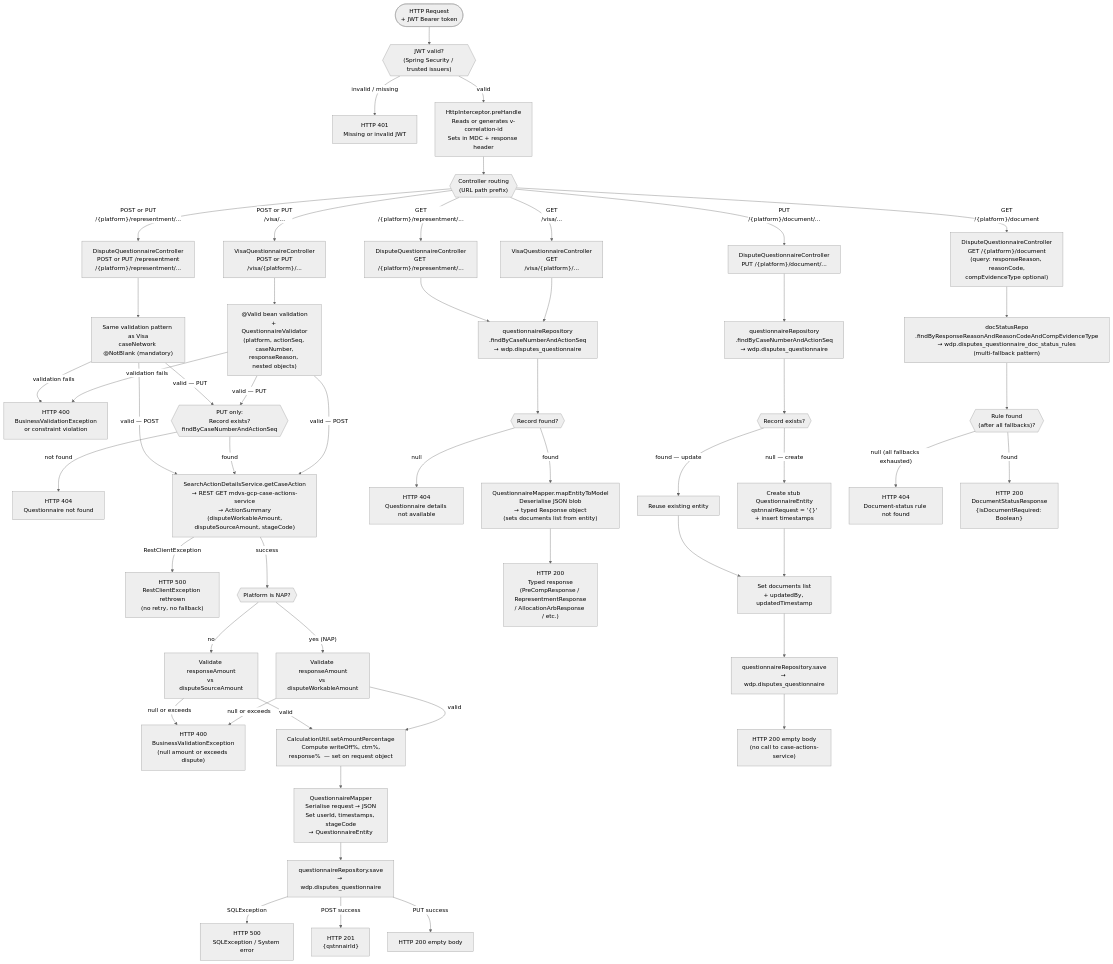
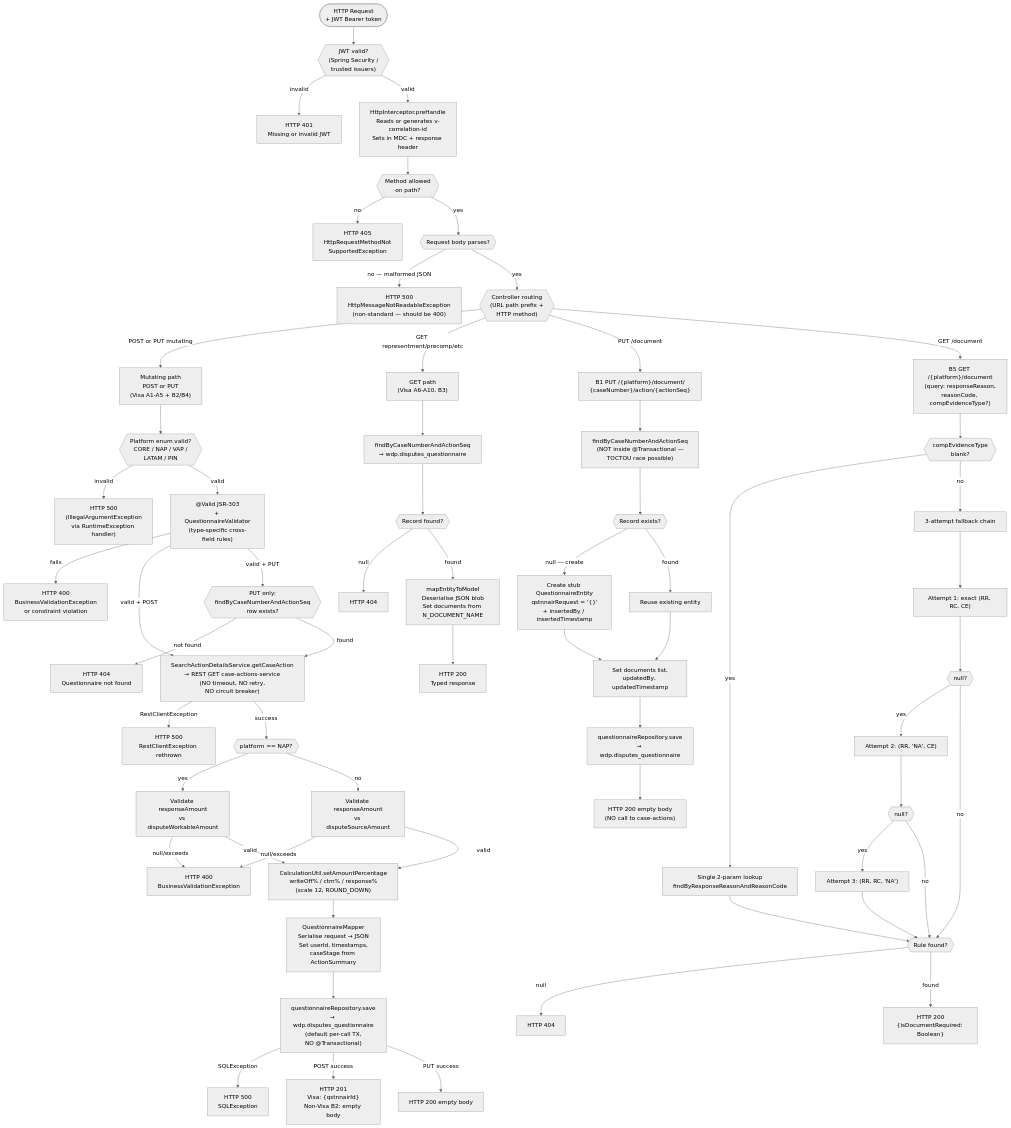
One commit to Ramas0409/DISPUTE-DOCUMENTS changed the diagram in components/WDP-COMP-26-QUESTIONNAIRE-SERVICE.md. Above: the diagram before and after it, drawn with Mermaid (neutral theme). The commit also changed other lines of this file and 4 other files, not shown here.

````diff
--- a/components/WDP-COMP-26-QUESTIONNAIRE-SERVICE.md
+++ b/components/WDP-COMP-26-QUESTIONNAIRE-SERVICE.md
@@ -83,100 +91,113 @@
 ```mermaid
 flowchart TD
-    IN(["HTTP Request\n+ JWT Bearer token"])
+    IN(["HTTP Request<br/>+ JWT Bearer token"])
 
-    JWT{{"JWT valid?\n(Spring Security / trusted issuers)"}}
-    JWT_FAIL["HTTP 401\nMissing or invalid JWT"]
+    JWT{{"JWT valid?<br/>(Spring Security /<br/>trusted issuers)"}}
+    JWT_FAIL["HTTP 401<br/>Missing or invalid JWT"]
 
-    CORR["HttpInterceptor.preHandle\nReads or generates v-correlation-id\nSets in MDC + response header"]
+    CORR["HttpInterceptor.preHandle<br/>Reads or generates v-correlation-id<br/>Sets in MDC + response header"]
 
-    CTRL{{"Controller routing\n(URL path prefix)"}}
+    METHOD_OK{{"Method allowed<br/>on path?"}}
+    METHOD_405["HTTP 405<br/>HttpRequestMethodNot<br/>SupportedException"]
 
-    %% ── VISA MUTATING PATH ──────────────────────
-    VISA_MUT["VisaQuestionnaireController\nPOST or PUT\n/visa/{platform}/..."]
+    JSON_OK{{"Request body parses?"}}
+    JSON_500["HTTP 500<br/>HttpMessageNotReadableException<br/>(non-standard — should be 400)"]
 
-    VISA_VAL["@Valid bean validation\n+ QuestionnaireValidator\n(platform, actionSeq, caseNumber,\nresponseReason, nested objects)"]
-    VISA_VAL_FAIL["HTTP 400\nBusinessValidationException\nor constraint violation"]
+    CTRL{{"Controller routing<br/>(URL path prefix +<br/>HTTP method)"}}
 
-    PUT_CHECK{{"PUT only:\nRecord exists?\nfindByCaseNumberAndActionSeq"}}
-    NOT_FOUND["HTTP 404\nQuestionnaire not found"]
+    %% ── VISA / NON-VISA MUTATING PATH (converged) ──
+    MUT_PATH["Mutating path<br/>POST or PUT<br/>(Visa A1-A5 + B2/B4)"]
 
-    GET_ACTION["SearchActionDetailsService.getCaseAction\n→ REST GET mdvs-gcp-case-actions-service\n→ ActionSummary\n(disputeWorkableAmount,\ndisputeSourceAmount, stageCode)"]
-    ACTION_FAIL["HTTP 500\nRestClientException rethrown\n(no retry, no fallback)"]
+    PLATFORM_VAL{{"Platform enum valid?<br/>CORE / NAP / VAP /<br/>LATAM / PIN"}}
+    PLATFORM_FAIL["HTTP 500<br/>(IllegalArgumentException<br/>via RuntimeException handler)"]
 
-    NAP_CHECK{{"Platform is NAP?"}}
-    AMT_NAP["Validate responseAmount\nvs disputeWorkableAmount"]
-    AMT_OTHER["Validate responseAmount\nvs disputeSourceAmount"]
-    AMT_FAIL["HTTP 400\nBusinessValidationException\n(null amount or exceeds dispute)"]
+    BEAN_VAL["@Valid JSR-303<br/>+ QuestionnaireValidator<br/>(type-specific cross-field rules)"]
+    BEAN_FAIL["HTTP 400<br/>BusinessValidationException<br/>or constraint violation"]
 
-    PCT["CalculationUtil.setAmountPercentage\nCompute writeOff%, ctm%,\nresponse%  — set on request object"]
+    PUT_CHECK{{"PUT only:<br/>findByCaseNumberAndActionSeq<br/>row exists?"}}
+    NOT_FOUND["HTTP 404<br/>Questionnaire not found"]
 
-    MAP_ENTITY["QuestionnaireMapper\nSerialise request → JSON\nSet userId, timestamps, stageCode\n→ QuestionnaireEntity"]
+    GET_ACTION["SearchActionDetailsService.getCaseAction<br/>→ REST GET case-actions-service<br/>(NO timeout, NO retry,<br/>NO circuit breaker)"]
+    ACTION_FAIL["HTTP 500<br/>RestClientException rethrown"]
 
-    DB_SAVE["questionnaireRepository.save\n→ wdp.disputes_questionnaire"]
-    DB_FAIL["HTTP 500\nSQLException / System error"]
+    NAP_CHECK{{"platform == NAP?"}}
+    AMT_NAP["Validate responseAmount<br/>vs disputeWorkableAmount"]
+    AMT_OTHER["Validate responseAmount<br/>vs disputeSourceAmount"]
+    AMT_FAIL["HTTP 400<br/>BusinessValidationException"]
 
-    POST_OK["HTTP 201\n{qstnnairId}"]
+    PCT["CalculationUtil.setAmountPercentage<br/>writeOff% / ctm% / response%<br/>(scale 12, ROUND_DOWN)"]
+
+    MAP_ENTITY["QuestionnaireMapper<br/>Serialise request → JSON<br/>Set userId, timestamps,<br/>caseStage from ActionSummary"]
+
+    DB_SAVE["questionnaireRepository.save<br/>→ wdp.disputes_questionnaire<br/>(default per-call TX,<br/>NO @Transactional)"]
+    DB_FAIL["HTTP 500<br/>SQLException"]
+
+    POST_OK["HTTP 201<br/>Visa: {qstnnairId}<br/>Non-Visa B2: empty body"]
     PUT_OK["HTTP 200 empty body"]
 
-    %% ── VISA GET PATH ──────────────────────────
-    VISA_GET["VisaQuestionnaireController\nGET\n/visa/{platform}/..."]
-    GET_LOOKUP["questionnaireRepository\n.findByCaseNumberAndActionSeq\n→ wdp.disputes_questionnaire"]
+    %% ── VISA / NON-VISA GET PATH ──
+    GET_PATH["GET path<br/>(Visa A6-A10, B3)"]
+    GET_LOOKUP["findByCaseNumberAndActionSeq<br/>→ wdp.disputes_questionnaire"]
     GET_NULL{{"Record found?"}}
-    GET_404["HTTP 404\nQuestionnaire details not available"]
-    GET_DESER["QuestionnaireMapper.mapEntityToModel\nDeserialise JSON blob\n→ typed Response object\n(sets documents list from entity)"]
-    GET_OK["HTTP 200\nTyped response\n(PreCompResponse / RepresentmentResponse\n/ AllocationArbResponse / etc.)"]
+    GET_404["HTTP 404"]
+    GET_DESER["mapEntityToModel<br/>Deserialise JSON blob<br/>Set documents from N_DOCUMENT_NAME"]
+    GET_OK["HTTP 200<br/>Typed response"]
 
-    %% ── NON-VISA MUTATING PATH ─────────────────
-    DISP_MUT["DisputeQuestionnaireController\nPOST or PUT /representment\n/{platform}/representment/..."]
-    DISP_VAL["Same validation pattern as Visa\ncaseNetwork @NotBlank (mandatory)"]
+    %% ── B1 PUT /document UPSERT ──
+    DOC_PUT["B1 PUT /{platform}/document/<br/>{caseNumber}/action/{actionSeq}"]
+    DOC_LOOKUP["findByCaseNumberAndActionSeq<br/>(NOT inside @Transactional —<br/>TOCTOU race possible)"]
+    DOC_EXISTS{{"Record exists?"}}
+    DOC_NEW["Create stub QuestionnaireEntity<br/>qstnnairRequest = '{}'<br/>+ insertedBy / insertedTimestamp"]
+    DOC_REUSE["Reuse existing entity"]
+    DOC_SET["Set documents list,<br/>updatedBy, updatedTimestamp"]
+    DOC_SAVE["questionnaireRepository.save<br/>→ wdp.disputes_questionnaire"]
+    DOC_OK["HTTP 200 empty body<br/>(NO call to case-actions)"]
 
-    %% ── B1 PUT /document UPSERT PATH ───────────
-    DOC_PUT["DisputeQuestionnaireController\nPUT /{platform}/document/..."]
-    DOC_LOOKUP["questionnaireRepository\n.findByCaseNumberAndActionSeq\n→ wdp.disputes_questionnaire"]
-    DOC_EXISTS{{"Record exists?"}}
-    DOC_NEW["Create stub QuestionnaireEntity\nqstnnairRequest = '{}'\n+ insert timestamps"]
-    DOC_REUSE["Reuse existing entity"]
-    DOC_SET["Set documents list\n+ updatedBy, updatedTimestamp"]
-    DOC_SAVE["questionnaireRepository.save\n→ wdp.disputes_questionnaire"]
-    DOC_OK["HTTP 200 empty body\n(no call to case-actions-service)"]
+    %% ── B5 GET /document RULE LOOKUP ──
+    DOC_GET["B5 GET /{platform}/document<br/>(query: responseReason,<br/>reasonCode, compEvidenceType?)"]
+    EVID_BLANK{{"compEvidenceType<br/>blank?"}}
+    RULE_2P["Single 2-param lookup<br/>findByResponseReasonAndReasonCode"]
+    RULE_3P["3-attempt fallback chain"]
+    FB1["Attempt 1: exact (RR, RC, CE)"]
+    FB2{{"null?"}}
+    FB2A["Attempt 2: (RR, 'NA', CE)"]
+    FB3{{"null?"}}
+    FB3A["Attempt 3: (RR, RC, 'NA')"]
+    RULE_FOUND{{"Rule found?"}}
+    RULE_404["HTTP 404"]
+    RULE_OK["HTTP 200<br/>{isDocumentRequired: Boolean}"]
 
-    %% ── B5 GET /document RULE LOOKUP PATH ──────
-    DOC_GET["DisputeQuestionnaireController\nGET /{platform}/document\n(query: responseReason, reasonCode,\ncompEvidenceType optional)"]
-    RULE_QUERY["docStatusRepo\n.findByResponseReasonAndReasonCodeAndCompEvidenceType\n→ wdp.disputes_questionnaire_doc_status_rules\n(multi-fallback pattern)"]
-    RULE_FOUND{{"Rule found\n(after all fallbacks)?"}}
-    RULE_404["HTTP 404\nDocument-status rule not found"]
-    RULE_OK["HTTP 200\nDocumentStatusResponse\n{isDocumentRequired: Boolean}"]
+    %% ── WIRING ──
+    IN --> JWT
+    JWT -->|"invalid"| JWT_FAIL
+    JWT -->|"valid"| CORR
+    CORR --> METHOD_OK
+    METHOD_OK -->|"no"| METHOD_405
+    METHOD_OK -->|"yes"| JSON_OK
+    JSON_OK -->|"no — malformed JSON"| JSON_500
+    JSON_OK -->|"yes"| CTRL
 
-    %% ── NON-VISA GET PATH ──────────────────────
-    DISP_GET["DisputeQuestionnaireController\nGET /{platform}/representment/..."]
+    CTRL -->|"POST or PUT mutating"| MUT_PATH
+    CTRL -->|"GET representment/precomp/etc"| GET_PATH
+    CTRL -->|"PUT /document"| DOC_PUT
+    CTRL -->|"GET /document"| DOC_GET
 
-    %% ── WIRING ─────────────────────────────────
-    IN --> JWT
-    JWT -->|"invalid / missing"| JWT_FAIL
-    JWT -->|"valid"| CORR
-    CORR --> CTRL
-
-    CTRL -->|"POST or PUT\n/visa/..."| VISA_MUT
-    CTRL -->|"GET\n/visa/..."| VISA_GET
-    CTRL -->|"POST or PUT\n/{platform}/representment/..."| DISP_MUT
-    CTRL -->|"PUT\n/{platform}/document/..."| DOC_PUT
-    CTRL -->|"GET\n/{platform}/representment/..."| DISP_GET
-    CTRL -->|"GET\n/{platform}/document"| DOC_GET
-
-    VISA_MUT --> VISA_VAL
-    VISA_VAL -->|"validation fails"| VISA_VAL_FAIL
-    VISA_VAL -->|"valid — POST"| GET_ACTION
-    VISA_VAL -->|"valid — PUT"| PUT_CHECK
+    MUT_PATH --> PLATFORM_VAL
+    PLATFORM_VAL -->|"invalid"| PLATFORM_FAIL
+    PLATFORM_VAL -->|"valid"| BEAN_VAL
+    BEAN_VAL -->|"fails"| BEAN_FAIL
+    BEAN_VAL -->|"valid + POST"| GET_ACTION
+    BEAN_VAL -->|"valid + PUT"| PUT_CHECK
     PUT_CHECK -->|"not found"| NOT_FOUND
     PUT_CHECK -->|"found"| GET_ACTION
 
     GET_ACTION -->|"RestClientException"| ACTION_FAIL
     GET_ACTION -->|"success"| NAP_CHECK
 
-    NAP_CHECK -->|"yes (NAP)"| AMT_NAP
+    NAP_CHECK -->|"yes"| AMT_NAP
     NAP_CHECK -->|"no"| AMT_OTHER
-    AMT_NAP -->|"null or exceeds"| AMT_FAIL
-    AMT_OTHER -->|"null or exceeds"| AMT_FAIL
+    AMT_NAP -->|"null/exceeds"| AMT_FAIL
+    AMT_OTHER -->|"null/exceeds"| AMT_FAIL
     AMT_NAP -->|"valid"| PCT
     AMT_OTHER -->|"valid"| PCT
 
@@ -185,23 +206,24 @@
     DB_SAVE -->|"POST success"| POST_OK
     DB_SAVE -->|"PUT success"| PUT_OK
 
-    VISA_GET --> GET_LOOKUP --> GET_NULL
+    GET_PATH --> GET_LOOKUP --> GET_NULL
     GET_NULL -->|"null"| GET_404
     GET_NULL -->|"found"| GET_DESER --> GET_OK
 
-    DISP_MUT --> DISP_VAL
-    DISP_VAL -->|"validation fails"| VISA_VAL_FAIL
-    DISP_VAL -->|"valid — POST"| GET_ACTION
-    DISP_VAL -->|"valid — PUT"| PUT_CHECK
-
     DOC_PUT --> DOC_LOOKUP --> DOC_EXISTS
     DOC_EXISTS -->|"null — create"| DOC_NEW --> DOC_SET
-    DOC_EXISTS -->|"found — update"| DOC_REUSE --> DOC_SET
+    DOC_EXISTS -->|"found"| DOC_REUSE --> DOC_SET
     DOC_SET --> DOC_SAVE --> DOC_OK
 
-    DOC_GET --> RULE_QUERY --> RULE_FOUND
-    RULE_FOUND -->|"null (all fallbacks exhausted)"| RULE_404
+    DOC_GET --> EVID_BLANK
+    EVID_BLANK -->|"yes"| RULE_2P
+    EVID_BLANK -->|"no"| RULE_3P
+    RULE_3P --> FB1 --> FB2
+    FB2 -->|"yes"| FB2A --> FB3
+    FB2 -->|"no"| RULE_FOUND
+    FB3 -->|"yes"| FB3A --> RULE_FOUND
+    FB3 -->|"no"| RULE_FOUND
+    RULE_2P --> RULE_FOUND
+    RULE_FOUND -->|"null"| RULE_404
     RULE_FOUND -->|"found"| RULE_OK
-
-    DISP_GET --> GET_LOOKUP
 ```
````
